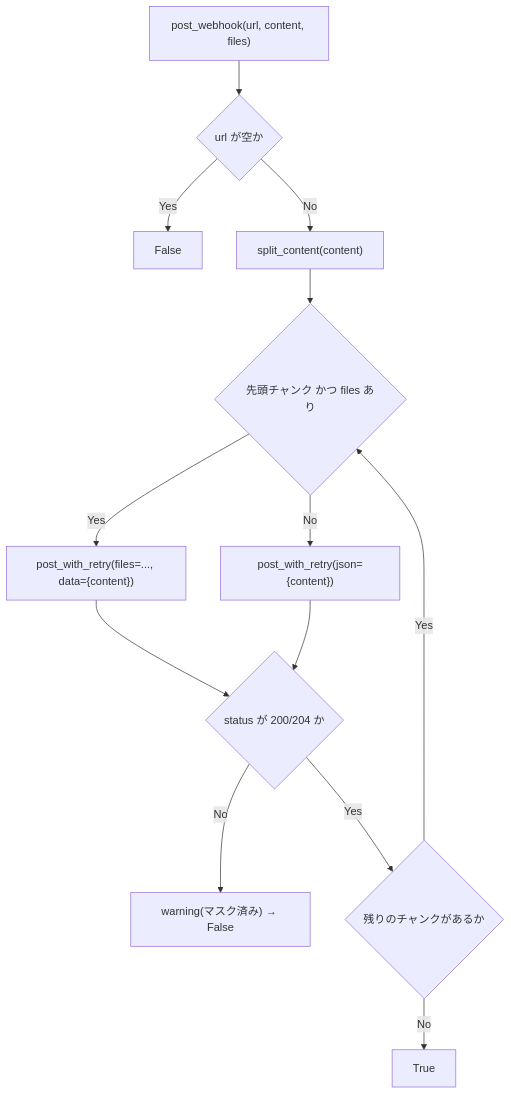
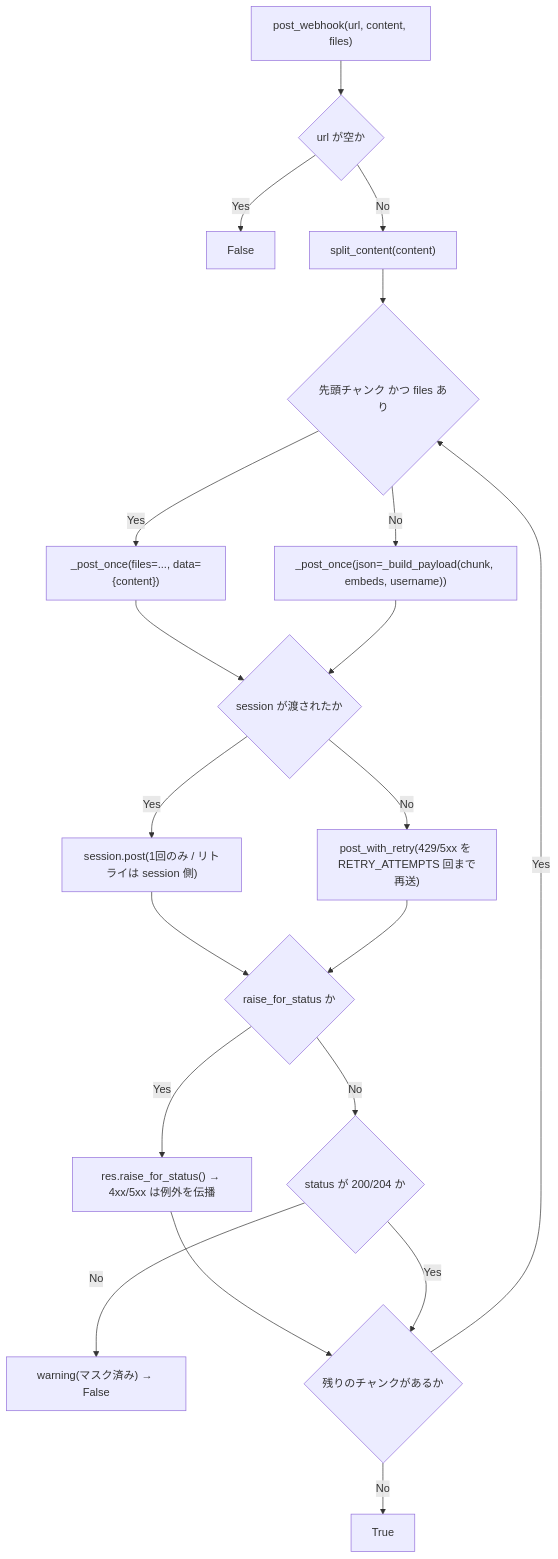
One commit to mmtigers/my_python_project changed the first of 2 diagrams in docs/specifications/MY_HOME_SYSTEM/discord.md. Above: the diagram before and after it, drawn with Mermaid. The commit also changed other lines of this file and 7 other files, not shown here.

````diff
--- a/docs/specifications/MY_HOME_SYSTEM/discord.md
+++ b/docs/specifications/MY_HOME_SYSTEM/discord.md
@@ -87,15 +131,22 @@
 ```mermaid
 graph TD
     P1["post_webhook(url, content, files)"] --> P2{"url が空か"}
     P2 -- Yes --> P3["False"]
     P2 -- No --> P4["split_content(content)"]
     P4 --> P5{"先頭チャンク かつ files あり"}
-    P5 -- Yes --> P6["post_with_retry(files=..., data={content})"]
-    P5 -- No --> P7["post_with_retry(json={content})"]
-    P6 --> P8{"status が 200/204 か"}
-    P7 --> P8
-    P8 -- No --> P9["warning(マスク済み) → False"]
-    P8 -- Yes --> P10{"残りのチャンクがあるか"}
+    P5 -- Yes --> P6["_post_once(files=..., data={content})"]
+    P5 -- No --> P7["_post_once(json=_build_payload(chunk, embeds, username))"]
+    P6 --> PS{"session が渡されたか"}
+    P7 --> PS
+    PS -- Yes --> PS1["session.post(1回のみ / リトライは session 側)"]
+    PS -- No --> PS2["post_with_retry(429/5xx を RETRY_ATTEMPTS 回まで再送)"]
+    PS1 --> P8{"raise_for_status か"}
+    PS2 --> P8
+    P8 -- Yes --> P8A["res.raise_for_status() → 4xx/5xx は例外を伝播"]
+    P8 -- No --> P8B{"status が 200/204 か"}
+    P8B -- No --> P9["warning(マスク済み) → False"]
+    P8A --> P10{"残りのチャンクがあるか"}
+    P8B -- Yes --> P10
     P10 -- Yes --> P5
     P10 -- No --> P11["True"]
 ```
````
